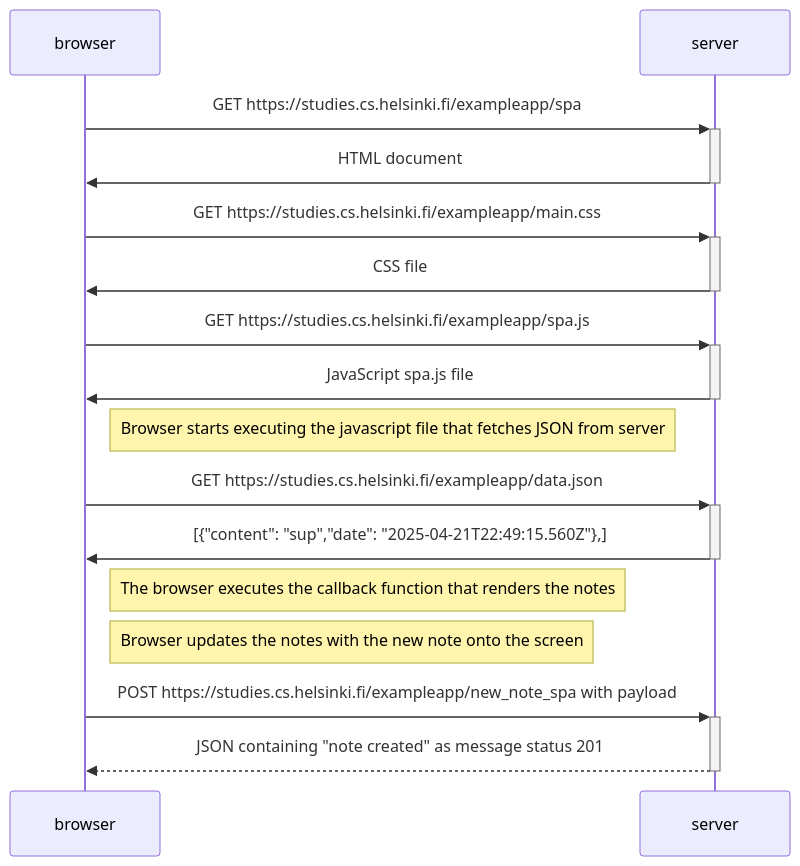
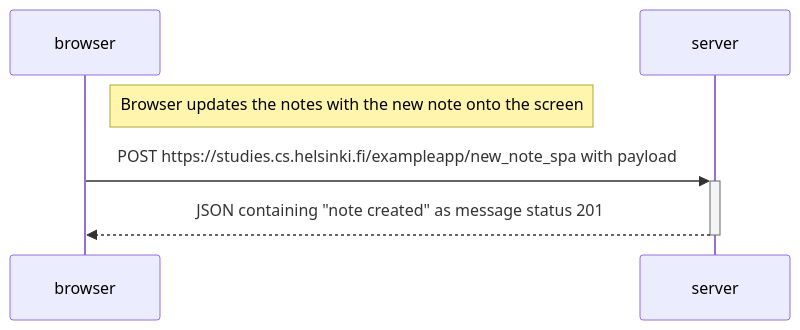
One commit to kranthi8563/Full-Stack-Open changed the diagram in Part0/0.6.md. Above: the diagram before and after it, drawn with Mermaid.

````diff
--- a/Part0/0.6.md
+++ b/Part0/0.6.md
@@ -1,16 +1,6 @@
 ```mermaid
 sequenceDiagram
-    browser->>+server: GET https://studies.cs.helsinki.fi/exampleapp/spa
-    server->>-browser: HTML document
-    browser->>+server: GET https://studies.cs.helsinki.fi/exampleapp/main.css
-    server->>-browser: CSS file
-    browser->>+server: GET https://studies.cs.helsinki.fi/exampleapp/spa.js
-    server->>-browser: JavaScript spa.js file
-    Note right of browser : Browser starts executing the javascript file that fetches JSON from server
-    browser->>+server: GET https://studies.cs.helsinki.fi/exampleapp/data.json
-    server->>-browser: [{"content": "sup","date": "2025-04-21T22:49:15.560Z"},]
-    Note right of browser : The browser executes the callback function that renders the notes
     Note right of browser: Browser updates the notes  with the new note onto the screen
     browser->>+server: POST https://studies.cs.helsinki.fi/exampleapp/new_note_spa with payload 
     server-->>-browser: JSON containing "note created" as message status 201
 ```
````
